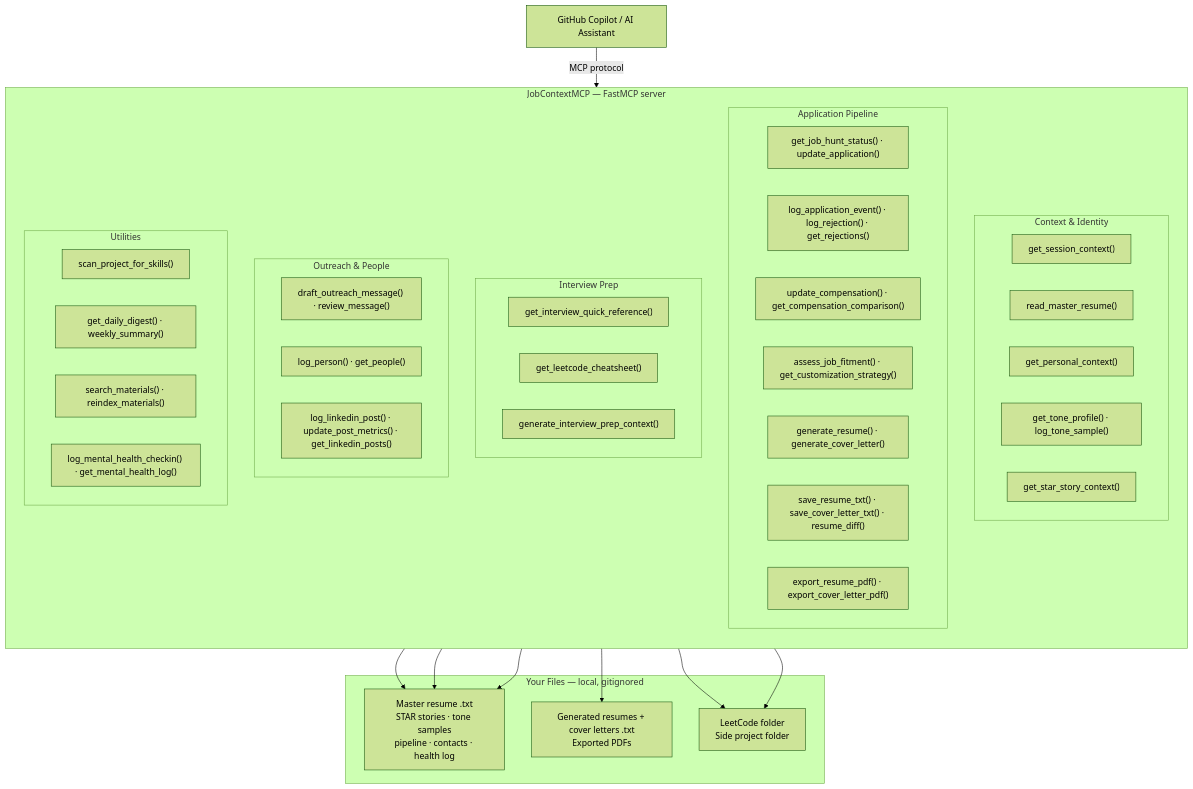
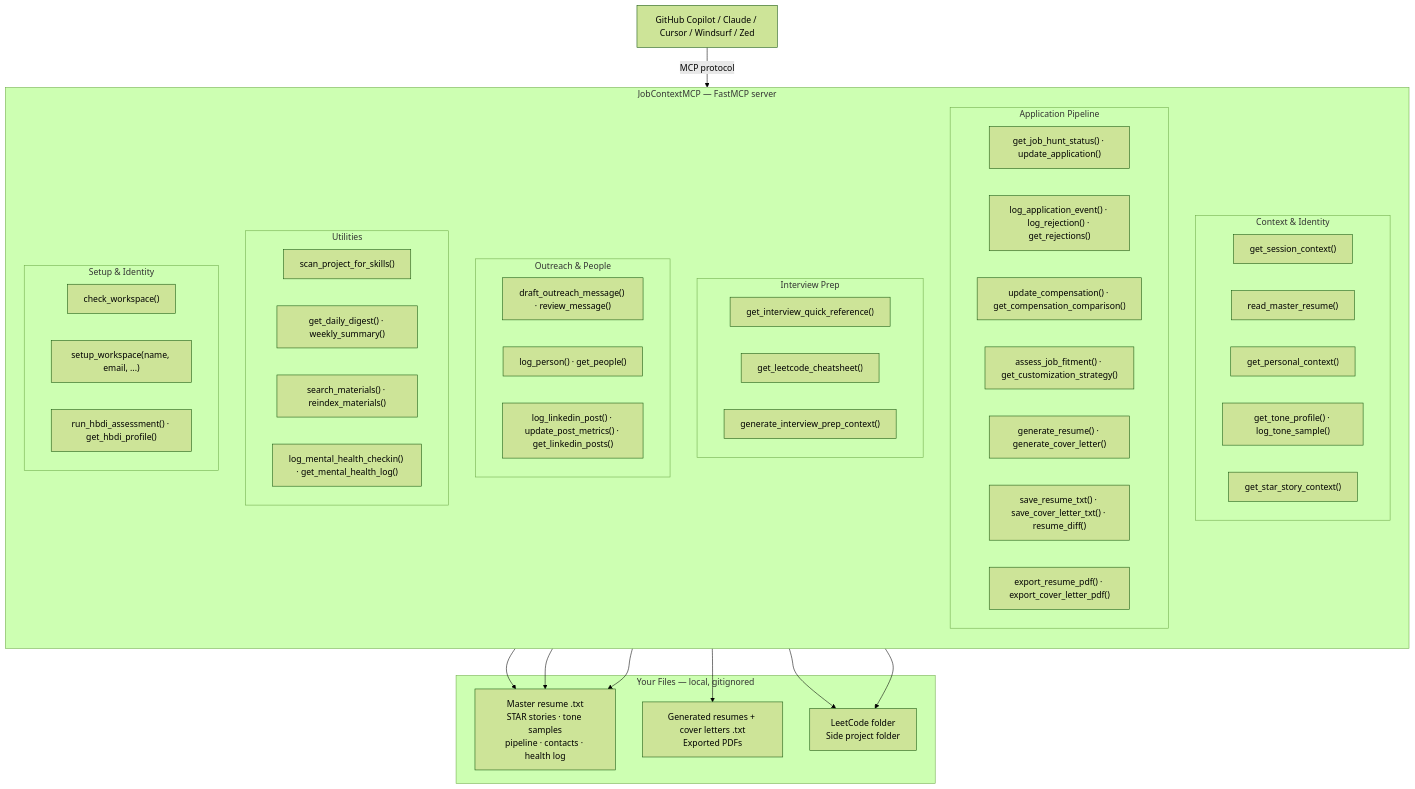
One commit to JustLikeFrank3/jobContextMCP changed the first of 2 diagrams in README.md. Above: the diagram before and after it, drawn with Mermaid (forest theme). The commit also changed other lines of this file and 4 other files, not shown here.

Commit message:
v0.6.0 — setup_workspace, check_workspace, run_hbdi_assessment, multi-client README (277 tests passing)

````diff
--- a/README.md
+++ b/README.md
@@ -37,60 +37,66 @@
 ```mermaid
 graph TB
-    AI["GitHub Copilot / AI Assistant"]
+    AI["GitHub Copilot / Claude / Cursor / Windsurf / Zed"]
 
     AI -->|MCP protocol| SERVER
 
     subgraph SERVER["JobContextMCP  —  FastMCP server"]
         direction TB
 
         subgraph CTX["Context & Identity"]
             T1["get_session_context()"]
             T2["read_master_resume()"]
             T3["get_personal_context()"]
             T4["get_tone_profile() · log_tone_sample()"]
             T5["get_star_story_context()"]
         end
 
         subgraph PIPELINE["Application Pipeline"]
             T6["get_job_hunt_status() · update_application()"]
             T6b["log_application_event() · log_rejection() · get_rejections()"]
             T6c["update_compensation() · get_compensation_comparison()"]
             T7["assess_job_fitment() · get_customization_strategy()"]
             T8["generate_resume() · generate_cover_letter()"]
             T9["save_resume_txt() · save_cover_letter_txt() · resume_diff()"]
             T10["export_resume_pdf() · export_cover_letter_pdf()"]
         end
 
         subgraph INTERVIEW["Interview Prep"]
             T11["get_interview_quick_reference()"]
             T12["get_leetcode_cheatsheet()"]
             T13["generate_interview_prep_context()"]
         end
 
         subgraph NETWORK["Outreach & People"]
             T14["draft_outreach_message() · review_message()"]
             T15["log_person() · get_people()"]
             T19["log_linkedin_post() · update_post_metrics() · get_linkedin_posts()"]
         end
 
         subgraph UTIL["Utilities"]
             T16["scan_project_for_skills()"]
             T16b["get_daily_digest() · weekly_summary()"]
             T17["search_materials() · reindex_materials()"]
             T18["log_mental_health_checkin() · get_mental_health_log()"]
         end
+
+        subgraph SETUP["Setup & Identity"]
+            T20["check_workspace()"]
+            T21["setup_workspace(name, email, ...)"]
+            T22["run_hbdi_assessment() · get_hbdi_profile()"]
+        end
     end
 
     subgraph FILES["Your Files  —  local, gitignored"]
         F1["Master resume .txt\nSTAR stories · tone samples\npipeline · contacts · health log"]
         F2["Generated resumes + cover letters .txt\nExported PDFs"]
         F3["LeetCode folder\nSide project folder"]
     end
 
     CTX --> F1
     PIPELINE --> F1
     PIPELINE --> F2
     INTERVIEW --> F3
     UTIL --> F3
     UTIL --> F1
 ```
````
